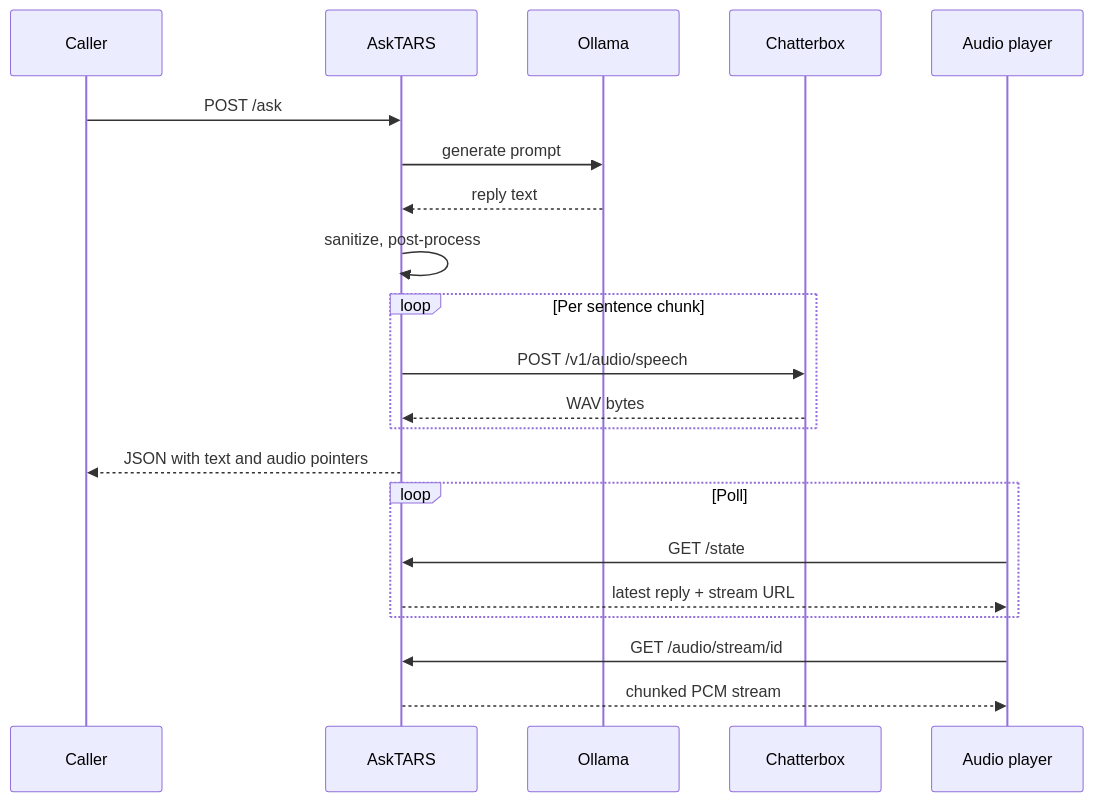
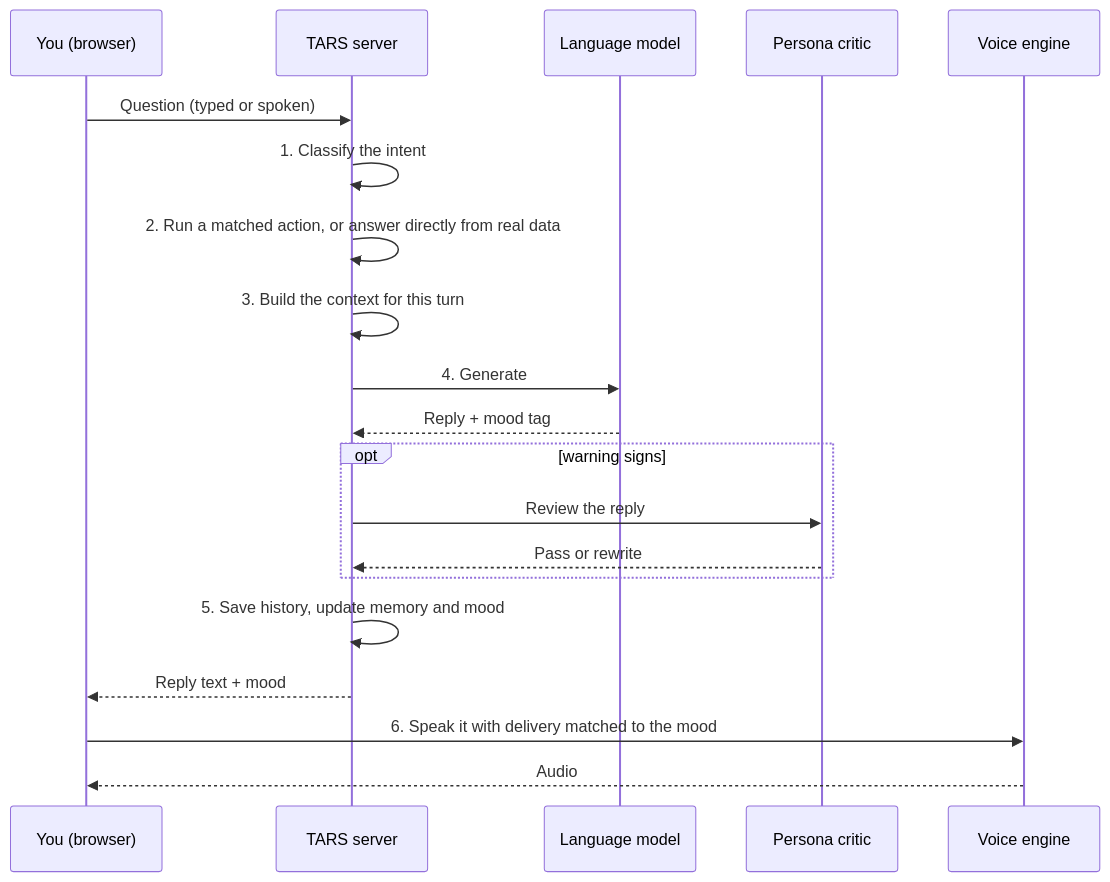
The third of 7 diagrams in README.md (davidalex89/OpenTARS), drawn with Mermaid before and after one commit. The commit also changed other lines of this file, not shown here.

First line of the commit message:
Rewrite README as a design and architecture history

````diff
--- a/README.md
+++ b/README.md
@@ -192,25 +260,23 @@
 ```mermaid
 sequenceDiagram
-  participant C as Caller
-  participant A as AskTARS
-  participant O as Ollama
-  participant T as Chatterbox
-  participant P as Audio player
+  participant U as You (browser)
+  participant S as TARS server
+  participant M as Language model
+  participant C as Persona critic
+  participant V as Voice engine
 
-  C->>A: POST /ask
-  A->>O: generate prompt
-  O-->>A: reply text
-  A->>A: sanitize, post-process
-  loop Per sentence chunk
-    A->>T: POST /v1/audio/speech
-    T-->>A: WAV bytes
+  U->>S: Question (typed or spoken)
+  S->>S: 1. Classify the intent
+  S->>S: 2. Run a matched action, or answer directly from real data
+  S->>S: 3. Build the context for this turn
+  S->>M: 4. Generate
+  M-->>S: Reply + mood tag
+  opt warning signs
+    S->>C: Review the reply
+    C-->>S: Pass or rewrite
   end
-  A-->>C: JSON with text and audio pointers
-
-  loop Poll
-    P->>A: GET /state
-    A-->>P: latest reply + stream URL
-  end
-  P->>A: GET /audio/stream/id
-  A-->>P: chunked PCM stream
+  S->>S: 5. Save history, update memory and mood
+  S-->>U: Reply text + mood
+  U->>V: 6. Speak it with delivery matched to the mood
+  V-->>U: Audio
 ```
````
